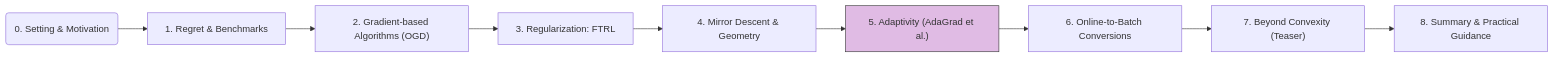
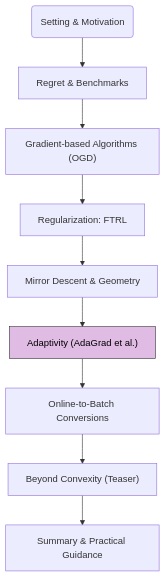
Before and after one commit to JiHa-Kim/jiha-kim.github.io: the diagram in collections/_crash-courses/online-learning/5-adaptivity.md, drawn with Mermaid. The commit also changed 13 other files, not shown here.

````diff
--- a/collections/_crash-courses/online-learning/5-adaptivity.md
+++ b/collections/_crash-courses/online-learning/5-adaptivity.md
@@ -152,13 +152,13 @@
 ```mermaid
-flowchart LR
-    C0("0. Setting & Motivation") --> C1["1. Regret & Benchmarks"]
-    C1 --> C2["2. Gradient-based Algorithms (OGD)"]
-    C2 --> C3["3. Regularization: FTRL"]
-    C3 --> C4["4. Mirror Descent & Geometry"]
-    C4 --> C5["5. Adaptivity (AdaGrad et al.)"]
-    C5 --> C6["6. Online-to-Batch Conversions"]
-    C6 --> C7["7. Beyond Convexity (Teaser)"]
-    C7 --> C8["8. Summary & Practical Guidance"]
+flowchart TD
+    C0("Setting & Motivation") --> C1["Regret & Benchmarks"]
+    C1 --> C2["Gradient-based Algorithms (OGD)"]
+    C2 --> C3["Regularization: FTRL"]
+    C3 --> C4["Mirror Descent & Geometry"]
+    C4 --> C5["Adaptivity (AdaGrad et al.)"]
+    C5 --> C6["Online-to-Batch Conversions"]
+    C6 --> C7["Beyond Convexity (Teaser)"]
+    C7 --> C8["Summary & Practical Guidance"]
 
-    style C5 fill:#E0BBE4,stroke:#333,stroke-width:2px % Highlight current module
+    style C5 fill:#E0BBE4,color:#000,stroke:#333,stroke-width:2px % Highlight current module
 ```
````
